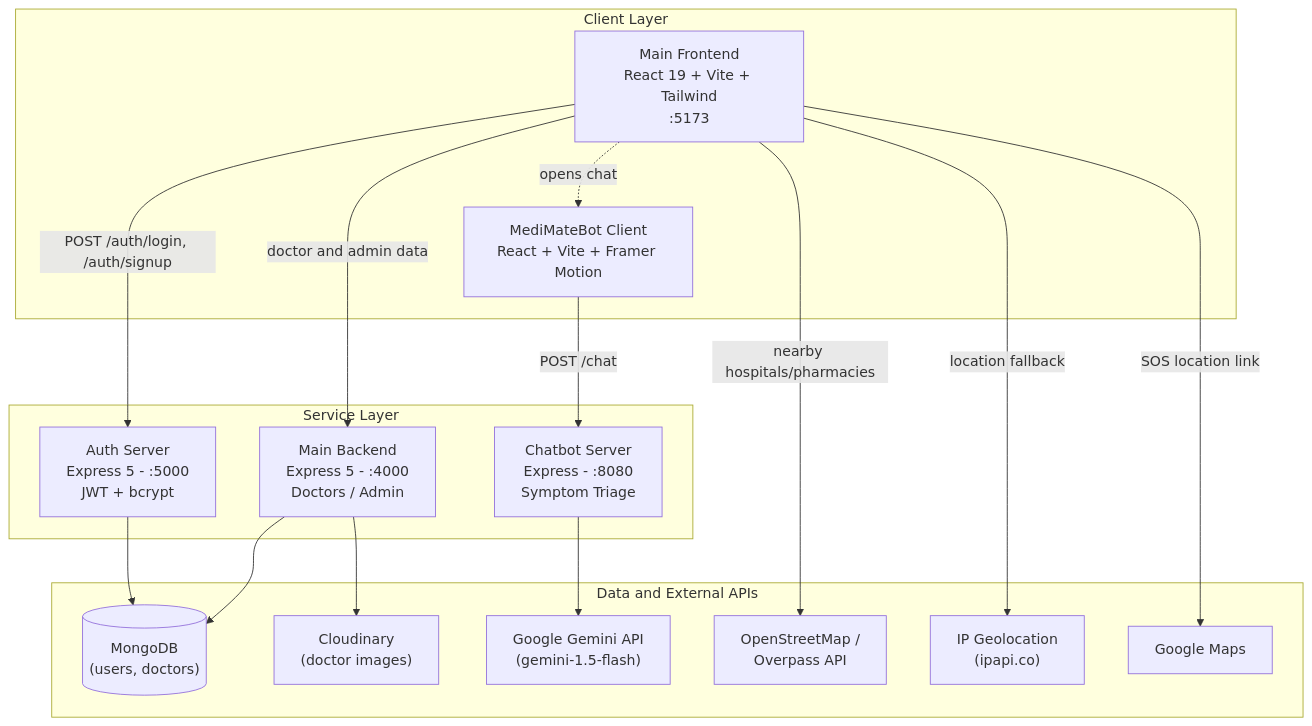
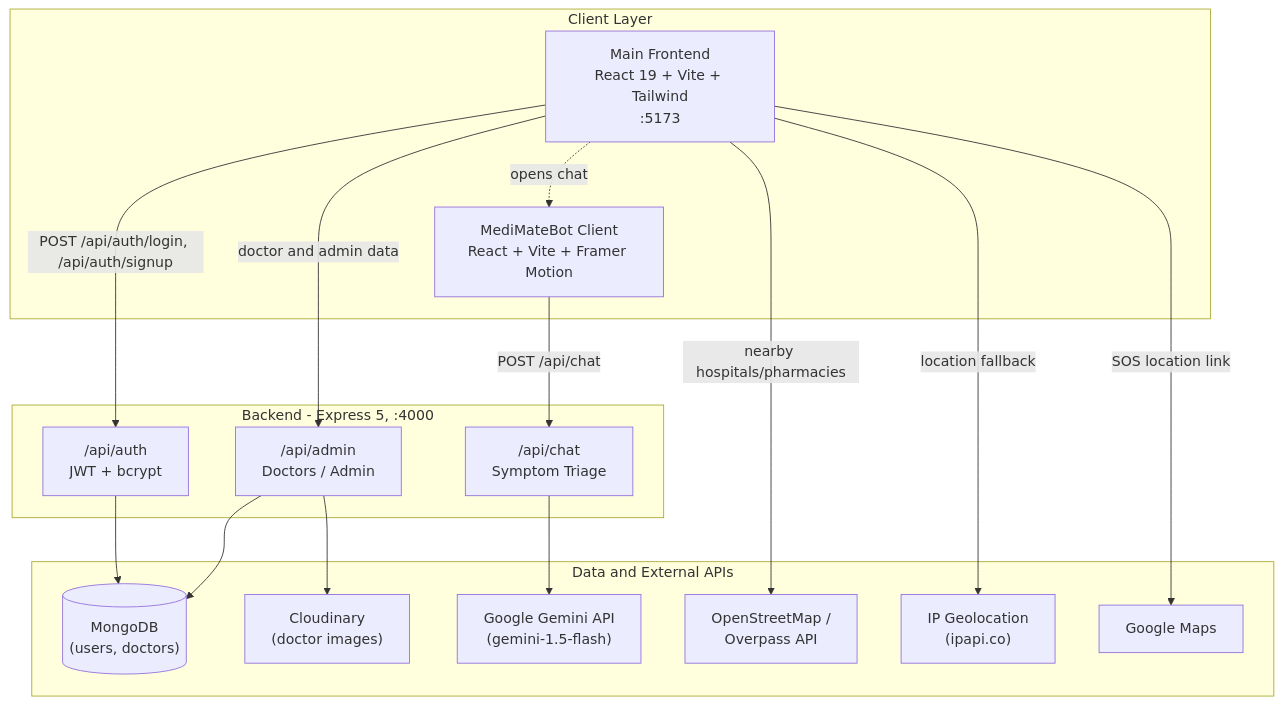
Before and after one commit to coffeecookey/mediMate: the first of 4 diagrams in README.md, drawn with Mermaid. The commit also changed other lines of this file and 25 other files, not shown here.

````diff
--- a/README.md
+++ b/README.md
@@ -88,34 +88,34 @@
 ```mermaid
 flowchart TB
     subgraph Client["Client Layer"]
         FE["Main Frontend<br/>React 19 + Vite + Tailwind<br/>:5173"]
         BOTUI["MediMateBot Client<br/>React + Vite + Framer Motion"]
     end
 
-    subgraph Services["Service Layer"]
-        BE["Main Backend<br/>Express 5 - :4000<br/>Doctors / Admin"]
-        AUTH["Auth Server<br/>Express 5 - :5000<br/>JWT + bcrypt"]
-        BOTAPI["Chatbot Server<br/>Express - :8080<br/>Symptom Triage"]
+    subgraph Backend["Backend - Express 5, :4000"]
+        ADMIN["/api/admin<br/>Doctors / Admin"]
+        AUTHR["/api/auth<br/>JWT + bcrypt"]
+        CHATR["/api/chat<br/>Symptom Triage"]
     end
 
     subgraph Data["Data and External APIs"]
         MONGO[("MongoDB<br/>(users, doctors)")]
         CLOUD["Cloudinary<br/>(doctor images)"]
         GEMINI["Google Gemini API<br/>(gemini-1.5-flash)"]
         OSM["OpenStreetMap /<br/>Overpass API"]
         GEO["IP Geolocation<br/>(ipapi.co)"]
         GMAPS["Google Maps"]
     end
 
-    FE -->|"POST /auth/login, /auth/signup"| AUTH
-    FE -->|"doctor and admin data"| BE
+    FE -->|"POST /api/auth/login, /api/auth/signup"| AUTHR
+    FE -->|"doctor and admin data"| ADMIN
     FE -->|"nearby hospitals/pharmacies"| OSM
     FE -->|"location fallback"| GEO
     FE -->|"SOS location link"| GMAPS
     FE -. "opens chat" .-> BOTUI
-    BOTUI -->|"POST /chat"| BOTAPI
-    BOTAPI --> GEMINI
-    AUTH --> MONGO
-    BE --> MONGO
-    BE --> CLOUD
+    BOTUI -->|"POST /api/chat"| CHATR
+    CHATR --> GEMINI
+    AUTHR --> MONGO
+    ADMIN --> MONGO
+    ADMIN --> CLOUD
 ```
````
